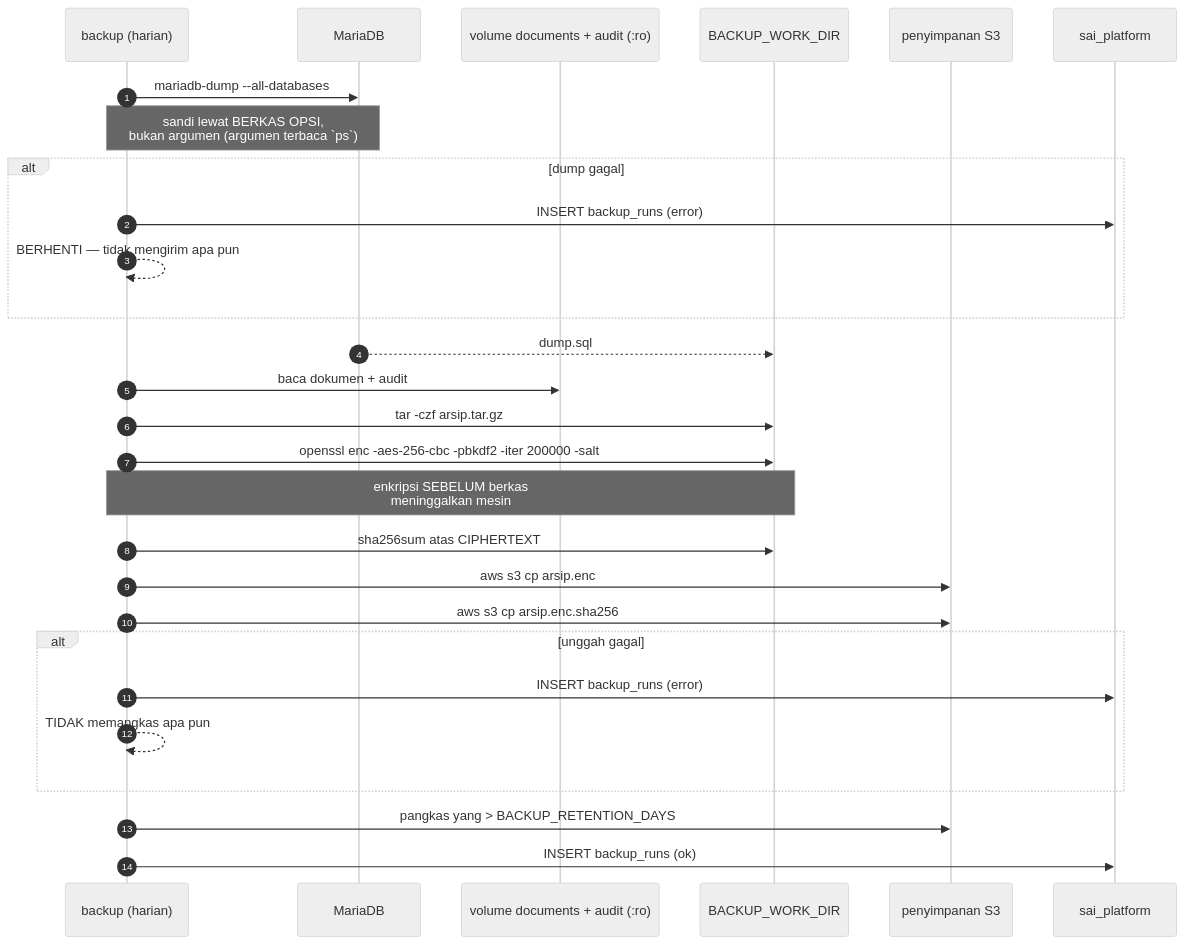
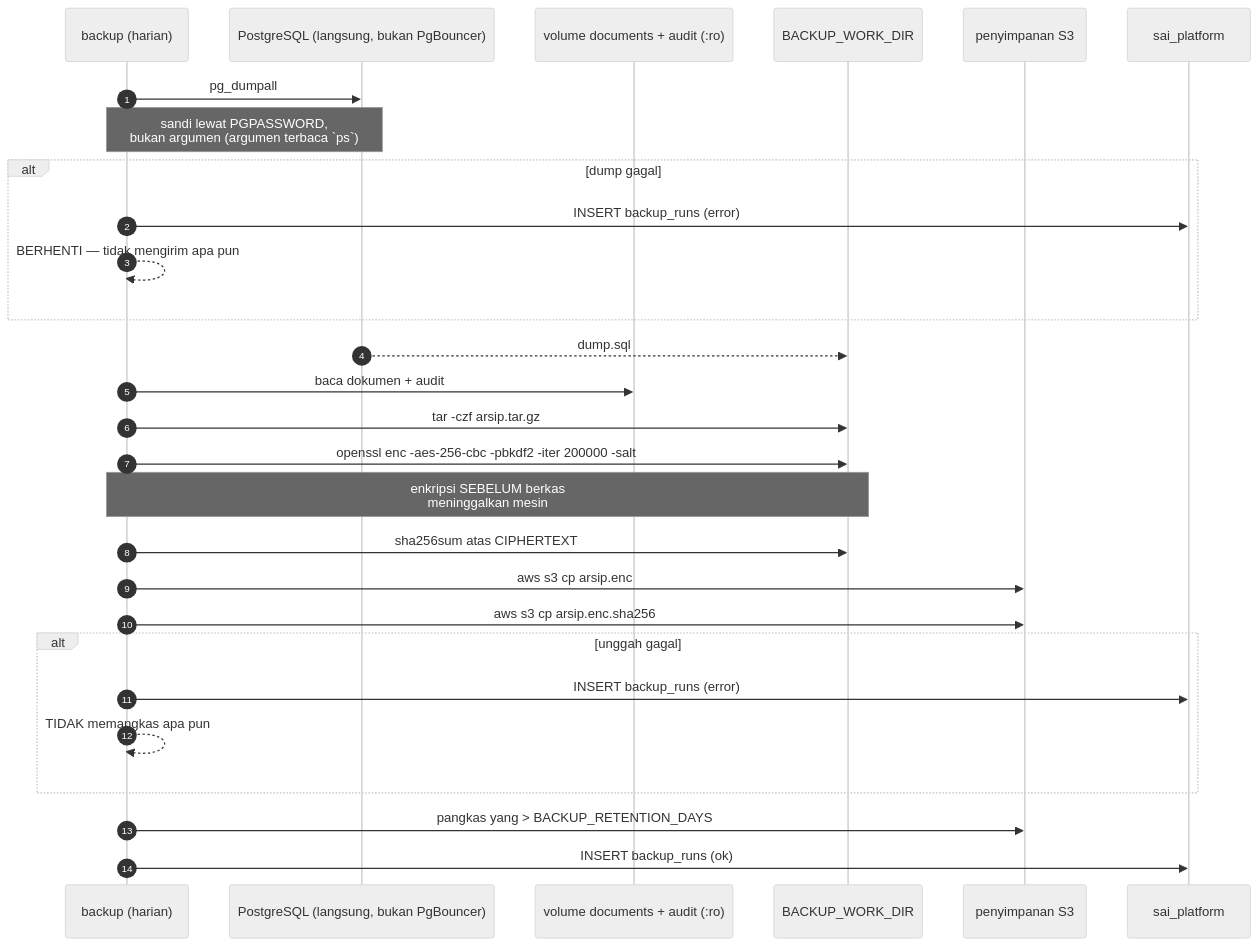
One commit to tri-evendi/sai-accounting changed the sixth of 9 diagrams in docs/arsitektur/06-ALIRAN-DATA.md. Above: the diagram before and after it, drawn with Mermaid (neutral theme). The commit also changed other lines of this file and 10 other files, not shown here.

First line of the commit message:
docs(arsitektur): lapisan basis data ditulis ulang untuk PostgreSQL

````diff
--- a/docs/arsitektur/06-ALIRAN-DATA.md
+++ b/docs/arsitektur/06-ALIRAN-DATA.md
@@ -293,34 +293,34 @@
 ```mermaid
 sequenceDiagram
     autonumber
     participant B as backup (harian)
-    participant DB as MariaDB
+    participant DB as PostgreSQL (langsung, bukan PgBouncer)
     participant V as volume documents + audit (:ro)
     participant FS as BACKUP_WORK_DIR
     participant S3 as penyimpanan S3
     participant PDB as sai_platform
 
-    B->>DB: mariadb-dump --all-databases
-    Note over B,DB: sandi lewat BERKAS OPSI,<br/>bukan argumen (argumen terbaca `ps`)
+    B->>DB: pg_dumpall
+    Note over B,DB: sandi lewat PGPASSWORD,<br/>bukan argumen (argumen terbaca `ps`)
     alt dump gagal
         B->>PDB: INSERT backup_runs (error)
         B-->>B: BERHENTI — tidak mengirim apa pun
     end
     DB-->>FS: dump.sql
 
     B->>V: baca dokumen + audit
     B->>FS: tar -czf arsip.tar.gz
     B->>FS: openssl enc -aes-256-cbc -pbkdf2 -iter 200000 -salt
     Note over B,FS: enkripsi SEBELUM berkas<br/>meninggalkan mesin
     B->>FS: sha256sum atas CIPHERTEXT
 
     B->>S3: aws s3 cp arsip.enc
     B->>S3: aws s3 cp arsip.enc.sha256
     alt unggah gagal
         B->>PDB: INSERT backup_runs (error)
         B-->>B: TIDAK memangkas apa pun
     end
 
     B->>S3: pangkas yang > BACKUP_RETENTION_DAYS
     B->>PDB: INSERT backup_runs (ok)
 ```
````
